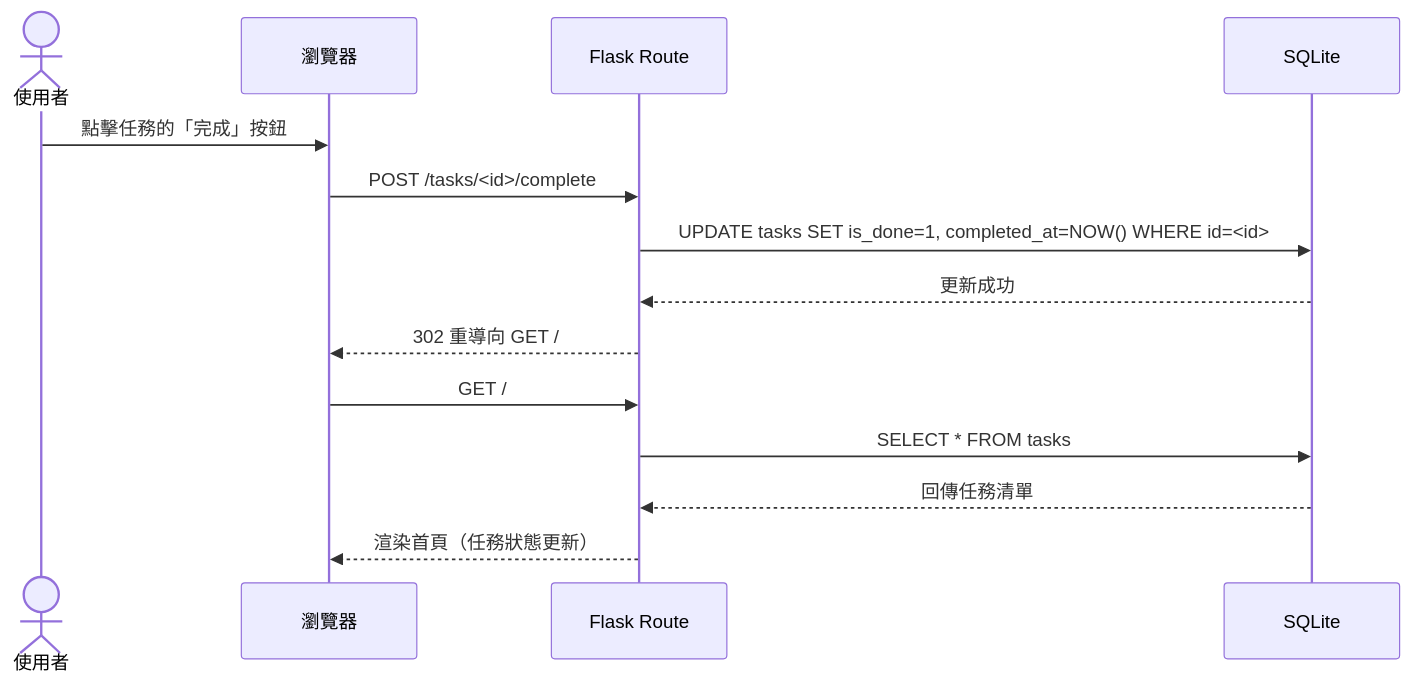
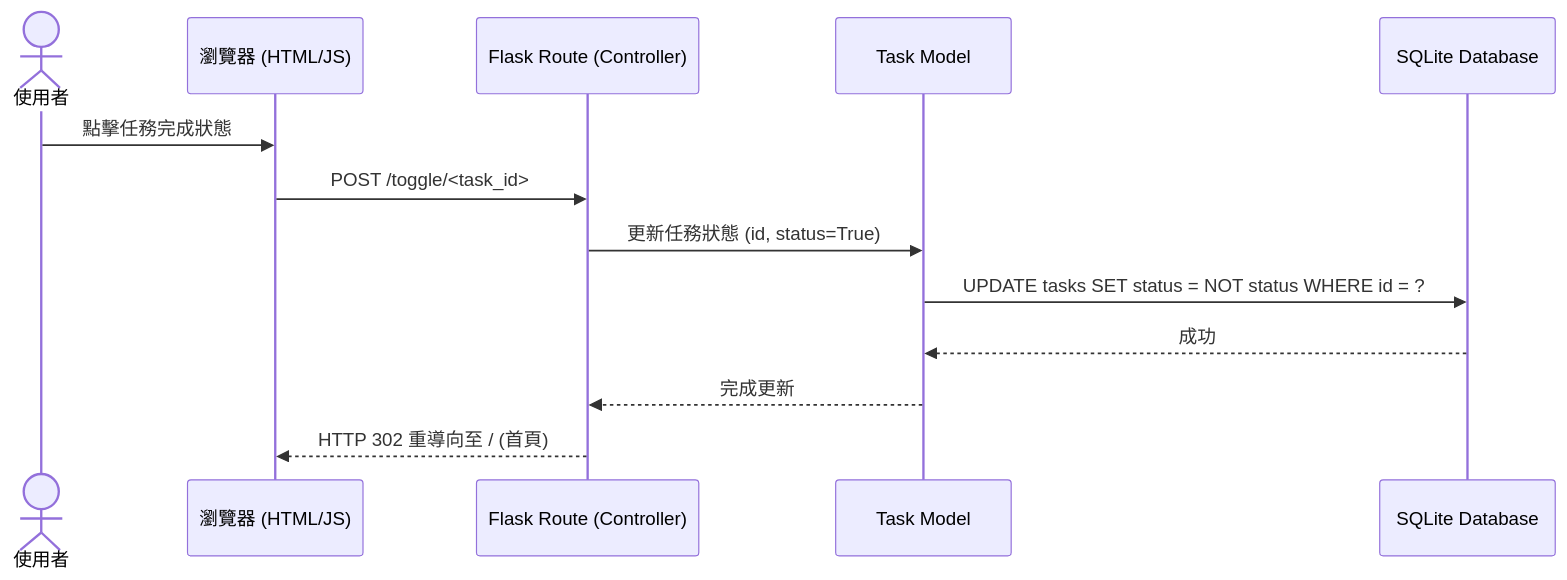
One commit to D1445387/web_app_development changed the third of 3 diagrams in docs/FLOWCHART.md. Above: the diagram before and after it, drawn with Mermaid. The commit also changed other lines of this file, not shown here.

Commit message:
docs: add user flowchart

````diff
--- a/docs/FLOWCHART.md
+++ b/docs/FLOWCHART.md
@@ -77,17 +63,16 @@
 ```mermaid
 sequenceDiagram
-  actor User as 使用者
-  participant Browser as 瀏覽器
-  participant Flask as Flask Route
-  participant DB as SQLite
+    actor User as 使用者
+    participant Browser as 瀏覽器 (HTML/JS)
+    participant Flask as Flask Route (Controller)
+    participant Model as Task Model
+    participant DB as SQLite Database
 
-  User->>Browser: 點擊任務的「完成」按鈕
-  Browser->>Flask: POST /tasks/<id>/complete
-  Flask->>DB: UPDATE tasks SET is_done=1, completed_at=NOW() WHERE id=<id>
-  DB-->>Flask: 更新成功
-  Flask-->>Browser: 302 重導向 GET /
-  Browser->>Flask: GET /
-  Flask->>DB: SELECT * FROM tasks
-  DB-->>Flask: 回傳任務清單
-  Flask-->>Browser: 渲染首頁（任務狀態更新）
+    User->>Browser: 點擊任務完成狀態
+    Browser->>Flask: POST /toggle/<task_id>
+    Flask->>Model: 更新任務狀態 (id, status=True)
+    Model->>DB: UPDATE tasks SET status = NOT status WHERE id = ?
+    DB-->>Model: 成功
+    Model-->>Flask: 完成更新
+    Flask-->>Browser: HTTP 302 重導向至 / (首頁)
 ```
````
